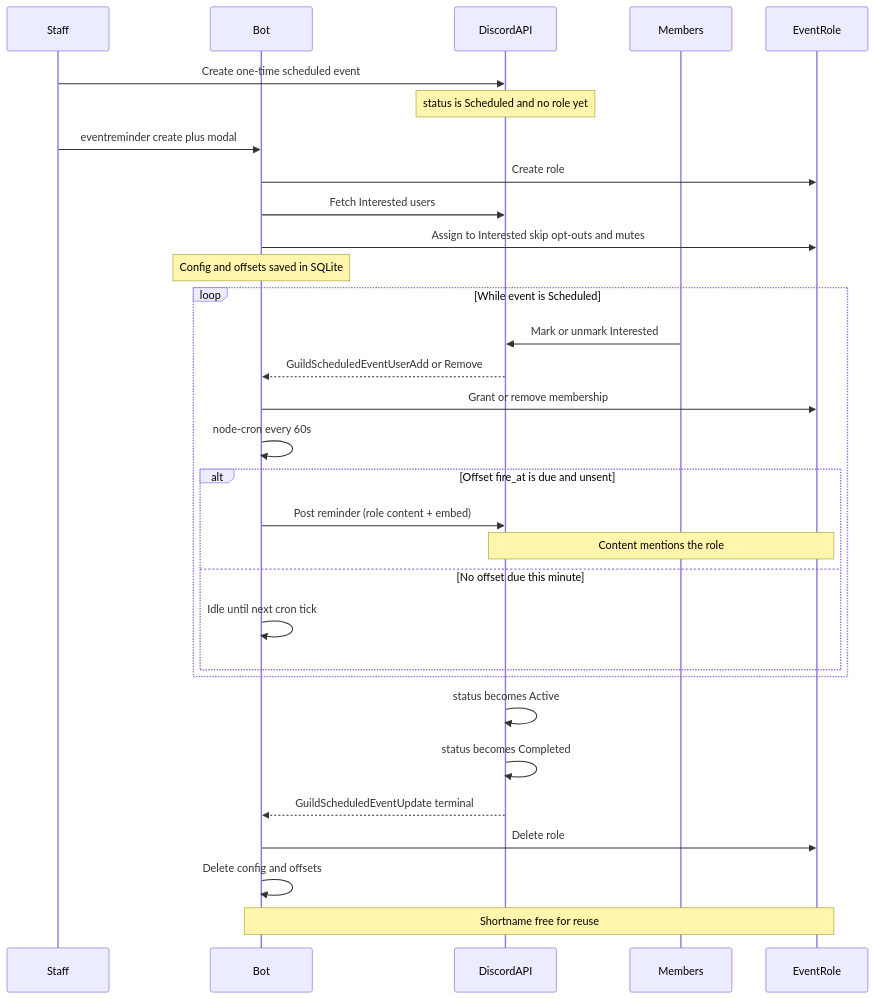
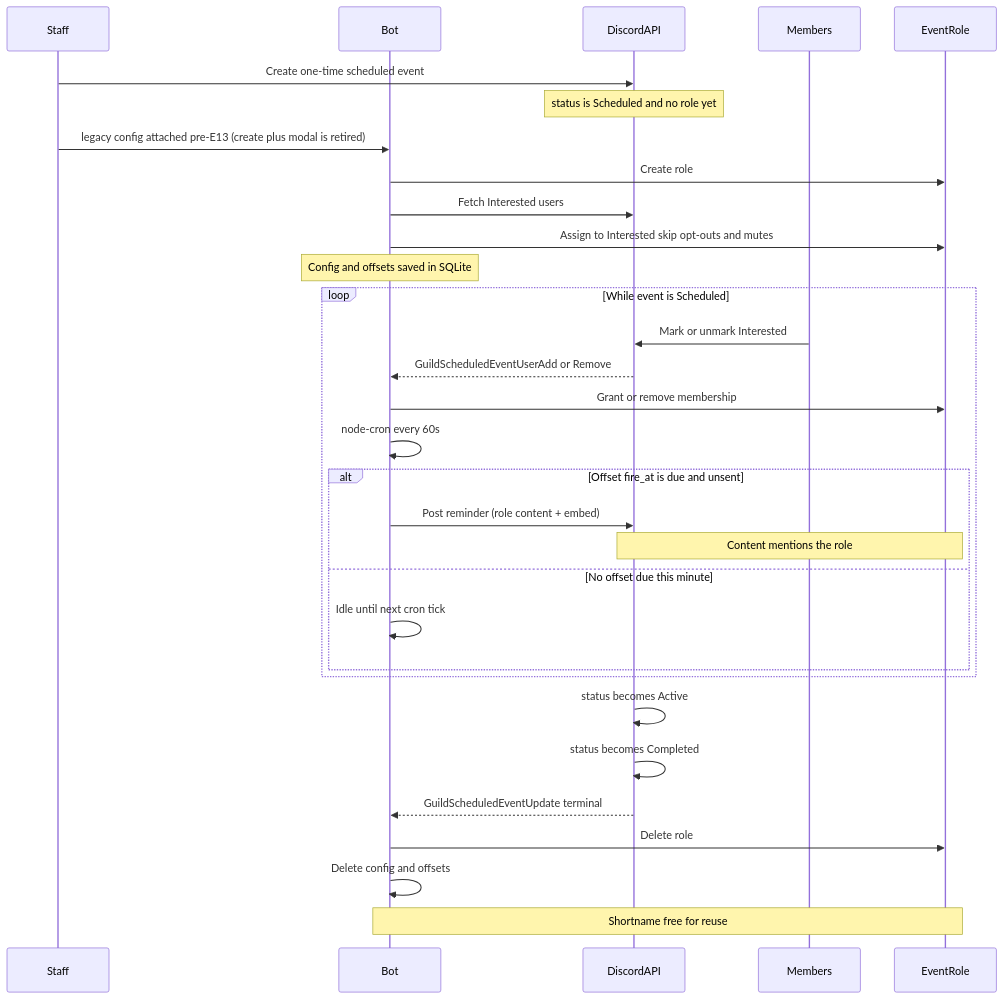
The second of 4 diagrams in docs/event-reminders.md (metalsp0rk/boiler-snake), drawn with Mermaid before and after one commit. The commit also changed other lines of this file and 4 other files, not shown here.

````diff
--- a/docs/event-reminders.md
+++ b/docs/event-reminders.md
@@ -52,37 +52,37 @@
 ```mermaid
 sequenceDiagram
   participant Staff
   participant Bot
   participant Discord as DiscordAPI
   participant Members
   participant Role as EventRole
 
   Staff->>Discord: Create one-time scheduled event
   Note over Discord: status is Scheduled and no role yet
 
-  Staff->>Bot: eventreminder create plus modal
+  Staff->>Bot: legacy config attached pre-E13 (create plus modal is retired)
   Bot->>Role: Create role
   Bot->>Discord: Fetch Interested users
   Bot->>Role: Assign to Interested skip opt-outs and mutes
   Note over Bot: Config and offsets saved in SQLite
 
   loop While event is Scheduled
     Members->>Discord: Mark or unmark Interested
     Discord-->>Bot: GuildScheduledEventUserAdd or Remove
     Bot->>Role: Grant or remove membership
     Bot->>Bot: node-cron every 60s
     alt Offset fire_at is due and unsent
       Bot->>Discord: Post reminder (role content + embed)
       Note over Discord,Role: Content mentions the role
     else No offset due this minute
       Bot->>Bot: Idle until next cron tick
     end
   end
 
   Discord->>Discord: status becomes Active
   Discord->>Discord: status becomes Completed
   Discord-->>Bot: GuildScheduledEventUpdate terminal
   Bot->>Role: Delete role
   Bot->>Bot: Delete config and offsets
   Note over Bot,Role: Shortname free for reuse
 ```
````
